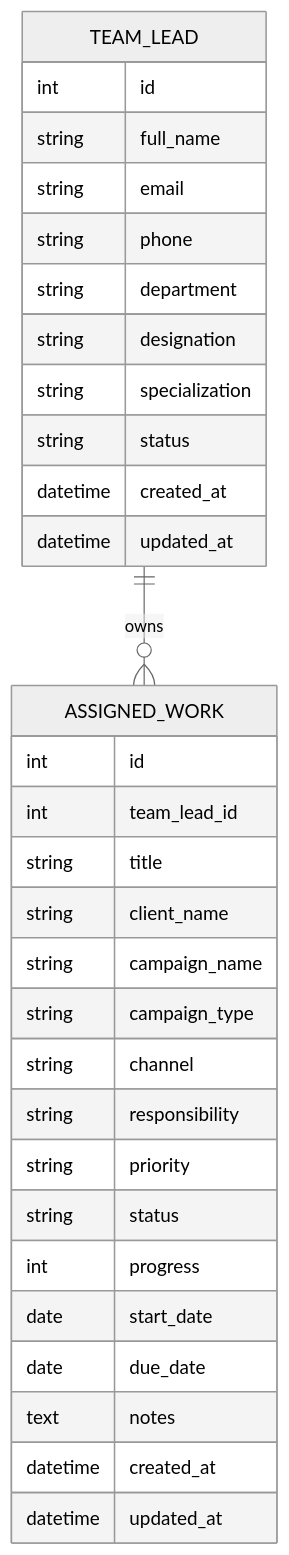
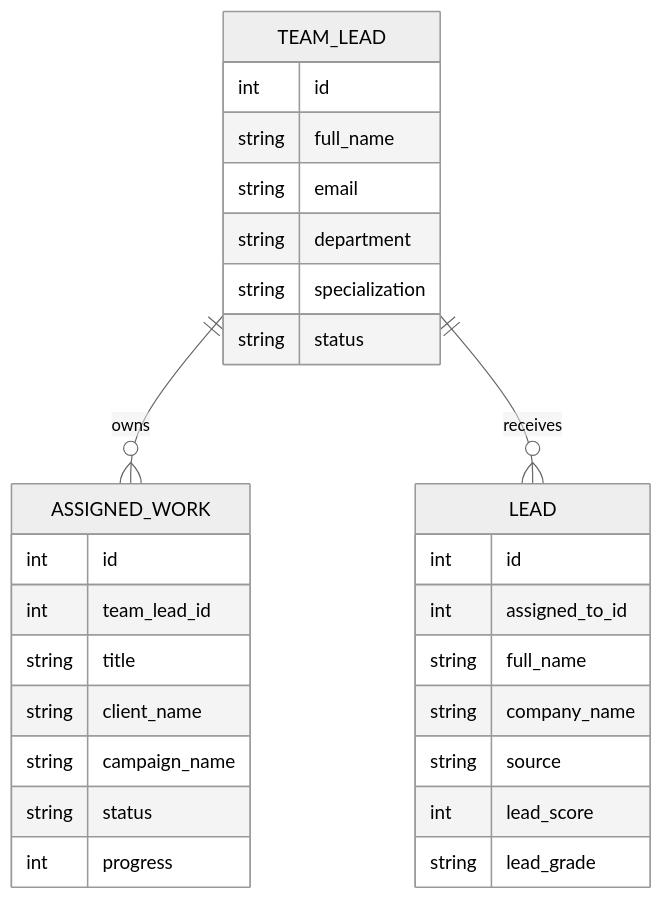
One commit to Sonjoy209164/LeadManagement changed the first of 2 diagrams in READMELeadmanagement.md. Above: the diagram before and after it, drawn with Mermaid (neutral theme). The commit also changed other lines of this file and 5 other files, not shown here.

````diff
--- a/READMELeadmanagement.md
+++ b/READMELeadmanagement.md
@@ -204,36 +250,34 @@
 ```mermaid
 erDiagram
     TEAM_LEAD ||--o{ ASSIGNED_WORK : owns
+    TEAM_LEAD ||--o{ LEAD : receives
 
     TEAM_LEAD {
         int id
         string full_name
         string email
-        string phone
         string department
-        string designation
         string specialization
         string status
-        datetime created_at
-        datetime updated_at
     }
 
     ASSIGNED_WORK {
         int id
         int team_lead_id
         string title
         string client_name
         string campaign_name
-        string campaign_type
-        string channel
-        string responsibility
-        string priority
         string status
         int progress
-        date start_date
-        date due_date
-        text notes
-        datetime created_at
-        datetime updated_at
+    }
+
+    LEAD {
+        int id
+        int assigned_to_id
+        string full_name
+        string company_name
+        string source
+        int lead_score
+        string lead_grade
     }
 ```
````
